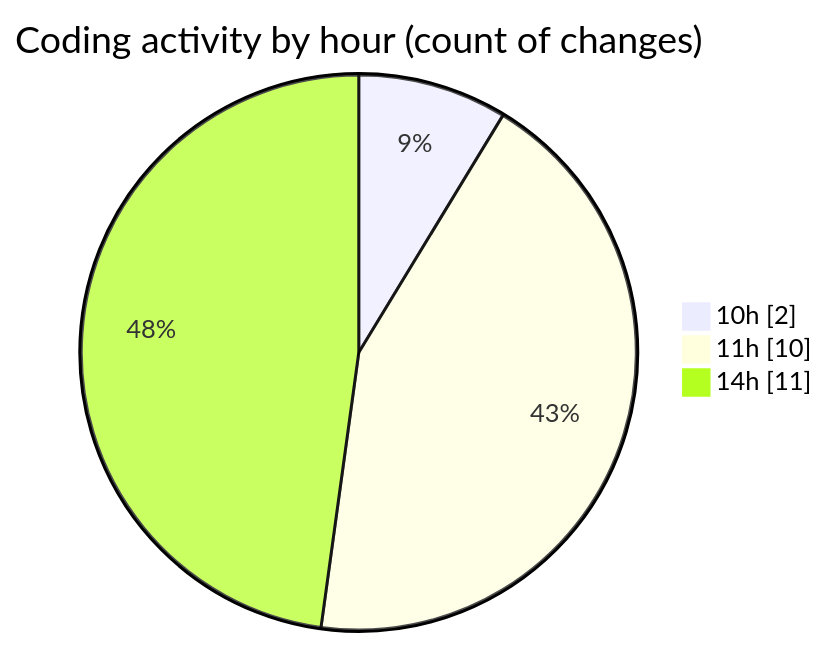
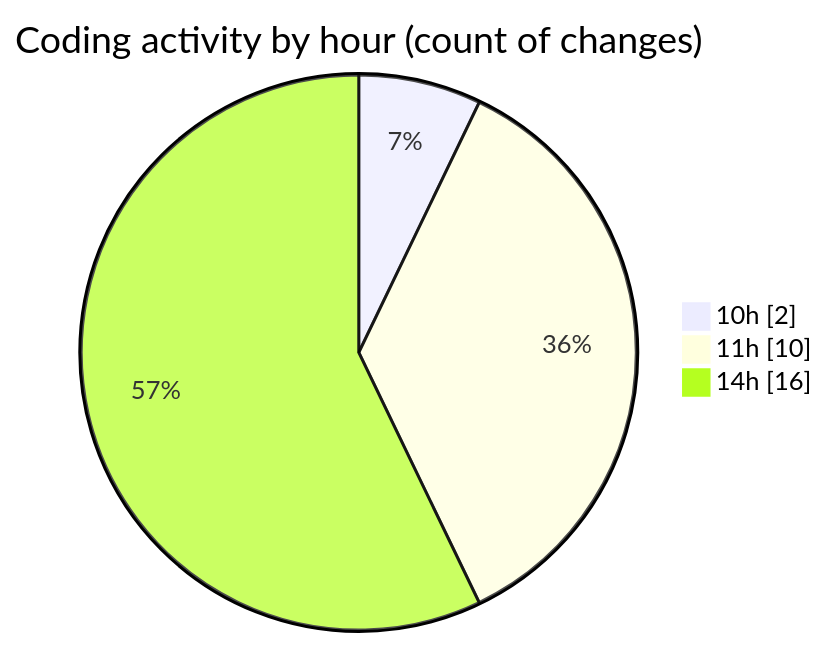
One commit to idhammustaqopulfikri/code-tracking changed the second of 2 diagrams in 2025-06-02/studio-backend/README.md. Above: the diagram before and after it, drawn with Mermaid. The commit also changed other lines of this file and 1 other file, not shown here.

````diff
--- a/2025-06-02/studio-backend/README.md
+++ b/2025-06-02/studio-backend/README.md
@@ -36,7 +36,7 @@
 ```mermaid
 pie showData
 title Coding activity by hour (count of changes)
 "10h" : 2
 "11h" : 10
-"14h" : 11
+"14h" : 16
 ```
````
